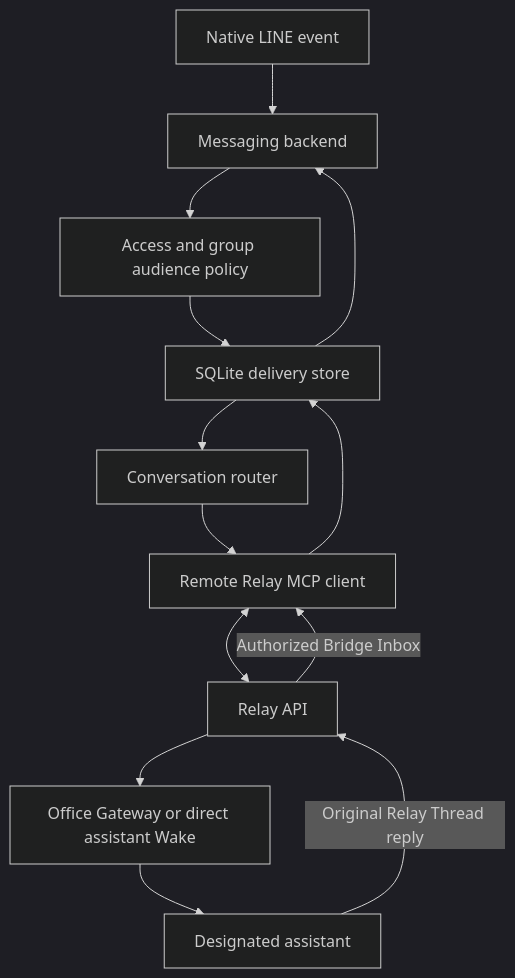
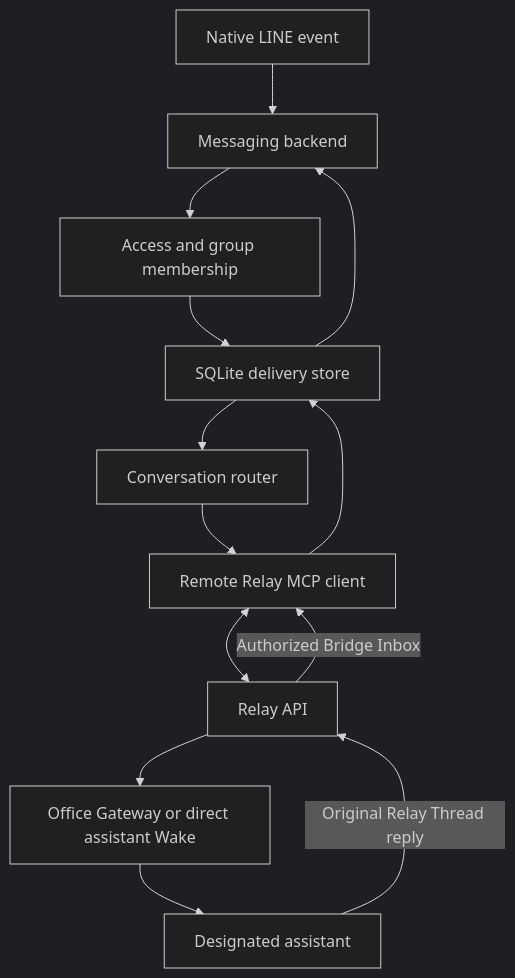
One commit to company-notes/nuwa-agent-relay-bridge changed the diagram in docs/Handoff.md. Above: the diagram before and after it, drawn with Mermaid (dark theme). The commit also changed other lines of this file and 4 other files, not shown here.

````diff
--- a/docs/Handoff.md
+++ b/docs/Handoff.md
@@ -13,15 +13,15 @@
 ```mermaid
 flowchart TD
     N["Native LINE event"] --> L["Messaging backend"]
-    L --> A["Access and group audience policy"]
+    L --> A["Access and group membership"]
     A --> S["SQLite delivery store"]
     S --> C["Conversation router"]
     C --> M["Remote Relay MCP client"]
     M <--> R["Relay API"]
     R --> G["Office Gateway or direct assistant Wake"]
     G --> B["Designated assistant"]
     B -->|Original Relay Thread reply| R
     R -->|Authorized Bridge Inbox| M
     M --> S
     S --> L
 ```
````
